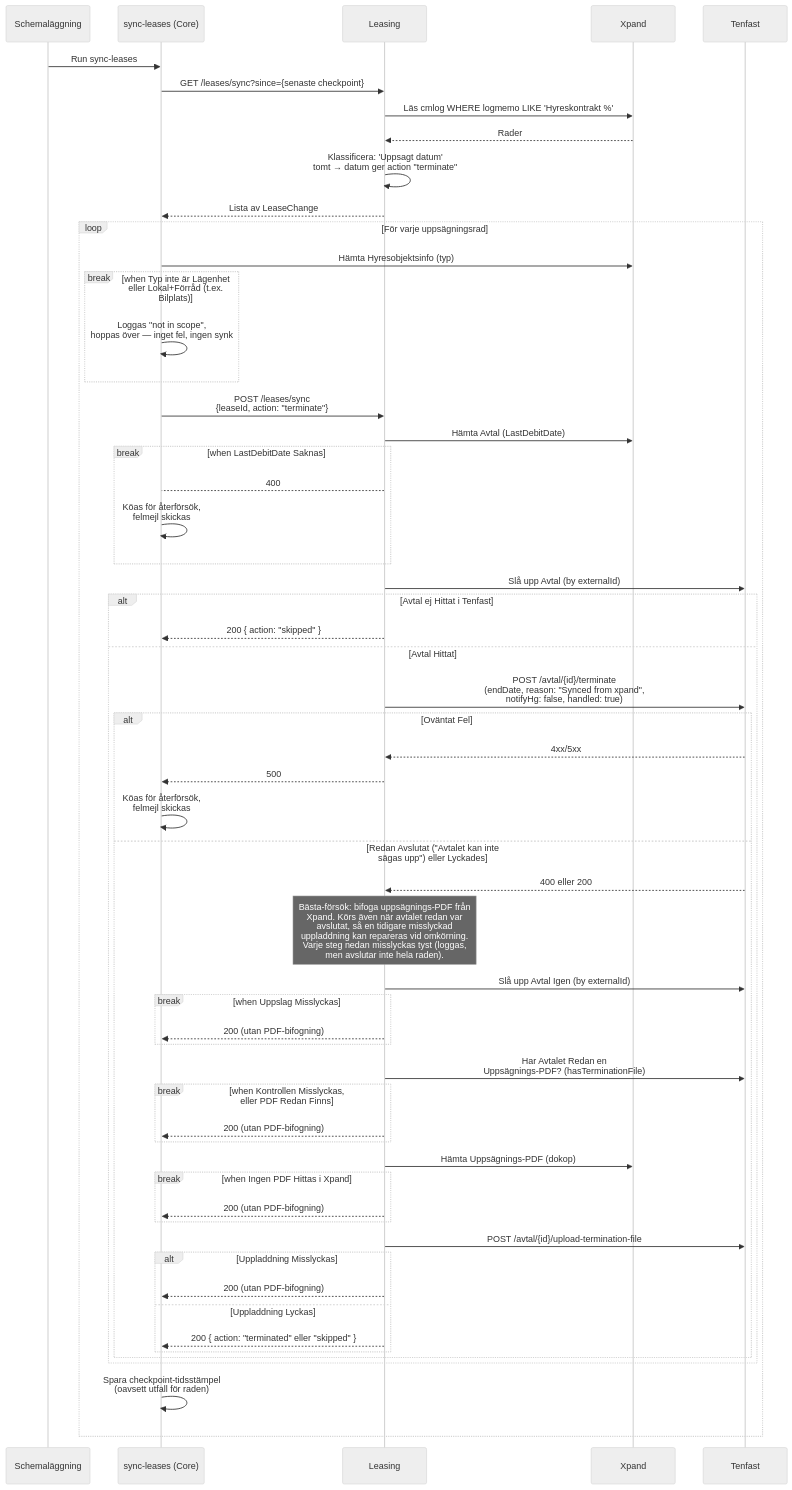
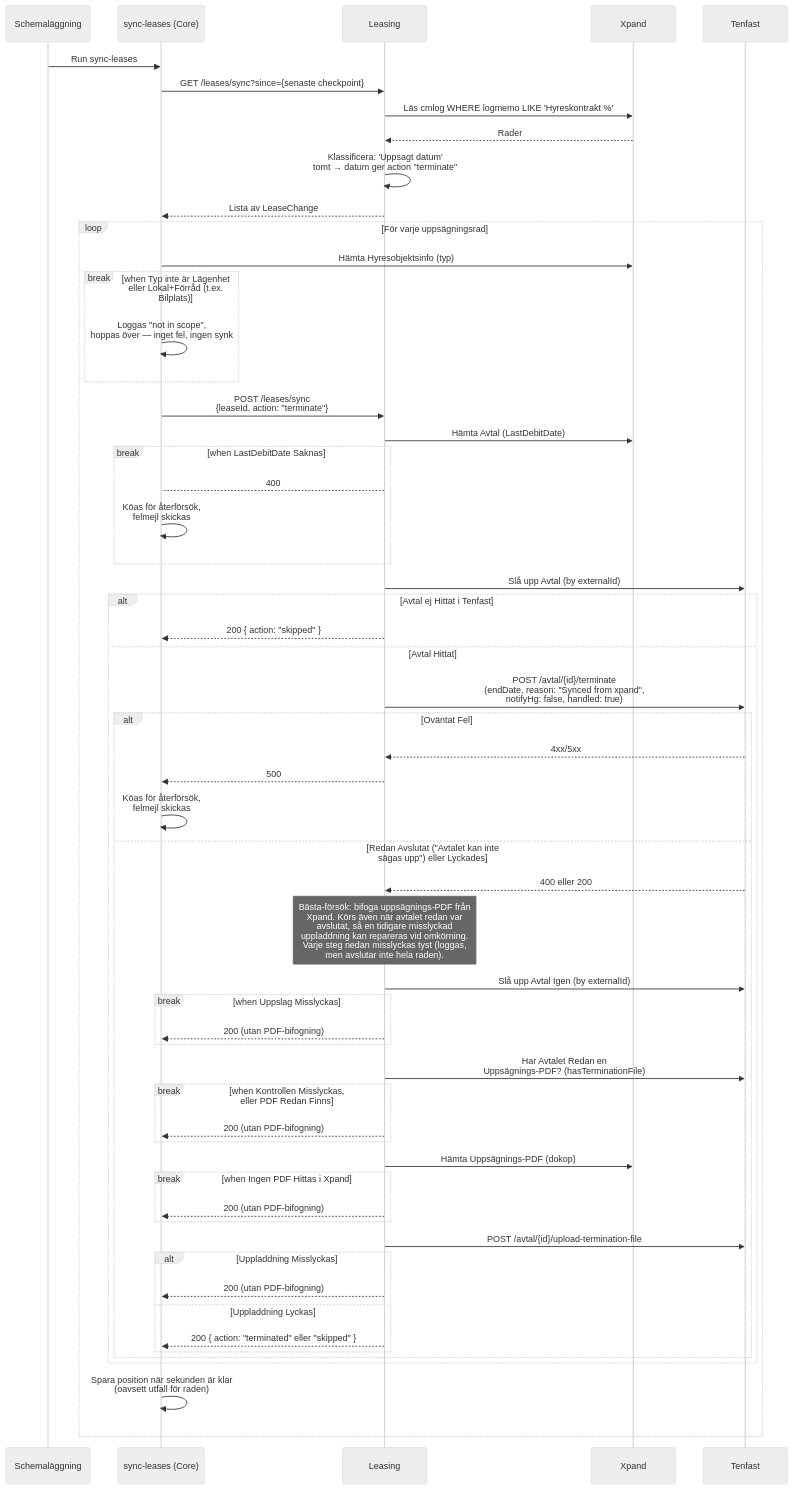
The second of 2 diagrams in core/src/processes/leasetermination/DOCS_Terminate_Lease_via_Xpand_Sync.md (Bostads-AB-Mimer/onecore), drawn with Mermaid (neutral theme) before and after one commit. The commit also changed other lines of this file and 6 other files, not shown here.

````diff
--- a/core/src/processes/leasetermination/DOCS_Terminate_Lease_via_Xpand_Sync.md
+++ b/core/src/processes/leasetermination/DOCS_Terminate_Lease_via_Xpand_Sync.md
@@ -42,77 +42,77 @@
 ```mermaid
 sequenceDiagram
     participant CronJob as Schemaläggning
     participant SyncScript as sync-leases (Core)
     participant Leasing as Leasing
     participant Xpand as Xpand
     participant Tenfast as Tenfast
 
     CronJob ->> SyncScript: Run sync-leases
     SyncScript ->> Leasing: GET /leases/sync?since={senaste checkpoint}
     Leasing ->> Xpand: Läs cmlog WHERE logmemo LIKE 'Hyreskontrakt %'
     Xpand -->> Leasing: Rader
     Leasing ->> Leasing: Klassificera: 'Uppsagt datum'<br/>tomt → datum ger action "terminate"
     Leasing -->> SyncScript: Lista av LeaseChange
 
     loop För varje uppsägningsrad
         SyncScript ->> Xpand: Hämta Hyresobjektsinfo (typ)
 
         break when Typ inte är Lägenhet eller Lokal+Förråd (t.ex. Bilplats)
             SyncScript ->> SyncScript: Loggas "not in scope",<br/>hoppas över — inget fel, ingen synk
         end
 
         SyncScript ->> Leasing: POST /leases/sync<br/>{leaseId, action: "terminate"}
         Leasing ->> Xpand: Hämta Avtal (LastDebitDate)
 
         break when LastDebitDate Saknas
             Leasing-->SyncScript: 400
             SyncScript ->> SyncScript: Köas för återförsök,<br/>felmejl skickas
         end
 
         Leasing ->> Tenfast: Slå upp Avtal (by externalId)
 
         alt Avtal ej Hittat i Tenfast
             Leasing-->>SyncScript: 200 { action: "skipped" }
         else Avtal Hittat
             Leasing ->> Tenfast: POST /avtal/{id}/terminate<br/>(endDate, reason: "Synced from xpand",<br/>notifyHg: false, handled: true)
             alt Oväntat Fel
                 Tenfast-->>Leasing: 4xx/5xx
                 Leasing-->>SyncScript: 500
                 SyncScript ->> SyncScript: Köas för återförsök,<br/>felmejl skickas
             else Redan Avslutat ("Avtalet kan inte<br/>sägas upp") eller Lyckades
                 Tenfast-->>Leasing: 400 eller 200
 
                 note over Leasing: Bästa-försök: bifoga uppsägnings-PDF från<br/>Xpand. Körs även när avtalet redan var<br/>avslutat, så en tidigare misslyckad<br/>uppladdning kan repareras vid omkörning.<br/>Varje steg nedan misslyckas tyst (loggas,<br/>men avslutar inte hela raden).
 
                 Leasing ->> Tenfast: Slå upp Avtal Igen (by externalId)
 
                 break when Uppslag Misslyckas
                     Leasing-->>SyncScript: 200 (utan PDF-bifogning)
                 end
 
                 Leasing ->> Tenfast: Har Avtalet Redan en<br/>Uppsägnings-PDF? (hasTerminationFile)
 
                 break when Kontrollen Misslyckas,<br/>eller PDF Redan Finns
                     Leasing-->>SyncScript: 200 (utan PDF-bifogning)
                 end
 
                 Leasing ->> Xpand: Hämta Uppsägnings-PDF (dokop)
 
                 break when Ingen PDF Hittas i Xpand
                     Leasing-->>SyncScript: 200 (utan PDF-bifogning)
                 end
 
                 Leasing ->> Tenfast: POST /avtal/{id}/upload-termination-file
 
                 alt Uppladdning Misslyckas
                     Leasing-->>SyncScript: 200 (utan PDF-bifogning)
                 else Uppladdning Lyckas
                     Leasing-->>SyncScript: 200 { action: "terminated" eller "skipped" }
                 end
             end
         end
 
-        SyncScript ->> SyncScript: Spara checkpoint-tidsstämpel<br/>(oavsett utfall för raden)
+        SyncScript ->> SyncScript: Spara position när sekunden är klar<br/>(oavsett utfall för raden)
     end
 
 ```
````
